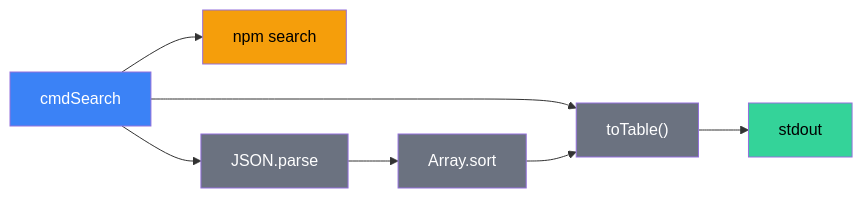
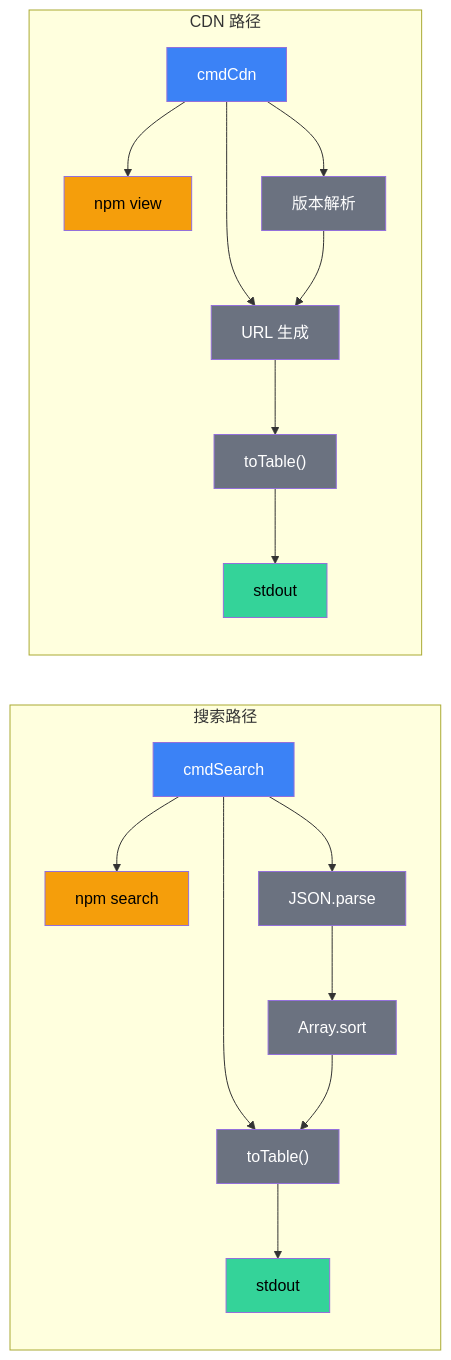
The third of 3 diagrams in docs/故事任务面板/rui-npm/场景-1-包搜索与发现/场景-1-包搜索与发现.md (effiy/YrY), drawn with Mermaid before and after one commit. The commit also changed other lines of this file and 50 other files, not shown here.

````diff
--- a/docs/故事任务面板/rui-npm/场景-1-包搜索与发现/场景-1-包搜索与发现.md
+++ b/docs/故事任务面板/rui-npm/场景-1-包搜索与发现/场景-1-包搜索与发现.md
@@ -189,13 +261,25 @@
 ```mermaid
 flowchart LR
-    SEARCH["cmdSearch"]:::code --> NPM["npm search"]:::ext
-    SEARCH --> PARSE["JSON.parse"]:::util
-    SEARCH --> TABLE["toTable()"]:::util
-    PARSE --> SORT["Array.sort"]:::util
-    SORT --> TABLE
-    TABLE --> OUT["stdout"]:::out
+    subgraph SEARCH_PATH["搜索路径"]
+        SEARCH["cmdSearch"]:::code --> NPM_S["npm search"]:::ext
+        SEARCH --> PARSE_S["JSON.parse"]:::util
+        SEARCH --> TABLE_S["toTable()"]:::util
+        PARSE_S --> SORT["Array.sort"]:::util
+        SORT --> TABLE_S
+        TABLE_S --> OUT_S["stdout"]:::out
+    end
+
+    subgraph CDN_PATH["CDN 路径"]
+        CDN["cmdCdn"]:::code --> NPM_V["npm view"]:::ext
+        CDN --> PARSE_V["版本解析"]:::util
+        CDN --> URL_GEN["URL 生成"]:::util
+        PARSE_V --> URL_GEN
+        URL_GEN --> TABLE_C["toTable()"]:::util
+        TABLE_C --> OUT_C["stdout"]:::out
+    end
+
     classDef code fill:#3B82F6,color:#fff
     classDef ext fill:#f59e0b,color:#000
     classDef util fill:#6b7280,color:#fff
     classDef out fill:#34d399,color:#000
 ```
````
